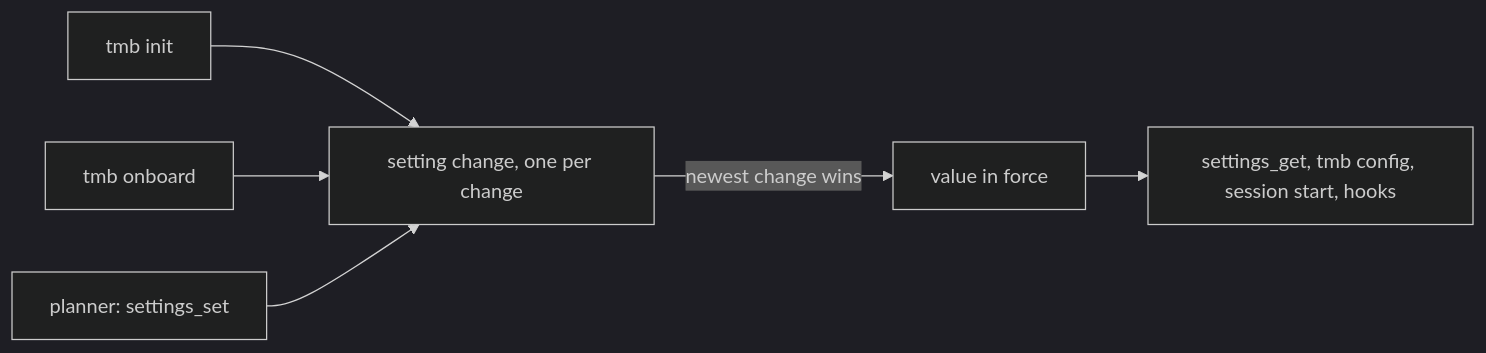
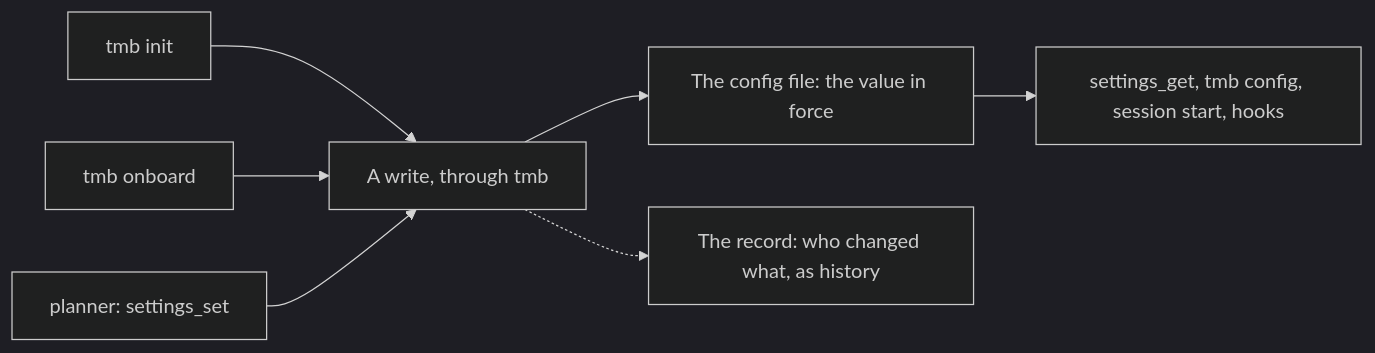
The second of 2 diagrams in docs/architecture/CONFIG.md (trustmybot/tmb), drawn with Mermaid (dark theme) before and after one commit. The commit also changed other lines of this file and 3 other files, not shown here.

Commit message:
📝 docs: project settings live in a config file; every repo relation in the record's diagram

````diff
--- a/docs/architecture/CONFIG.md
+++ b/docs/architecture/CONFIG.md
@@ -29,8 +29,9 @@
 ```mermaid
 flowchart LR
-    I["tmb init"] --> A["setting change, one per change"]
-    O["tmb onboard"] --> A
-    P["planner: settings_set"] --> A
-    A -->|"newest change wins"| V["value in force"]
-    V --> R["settings_get, tmb config, session start, hooks"]
+    I["tmb init"] --> W["A write, through tmb"]
+    O["tmb onboard"] --> W
+    P["planner: settings_set"] --> W
+    W --> F["The config file: the value in force"]
+    W -.-> A["The record: who changed what, as history"]
+    F --> R["settings_get, tmb config, session start, hooks"]
 ```
````
